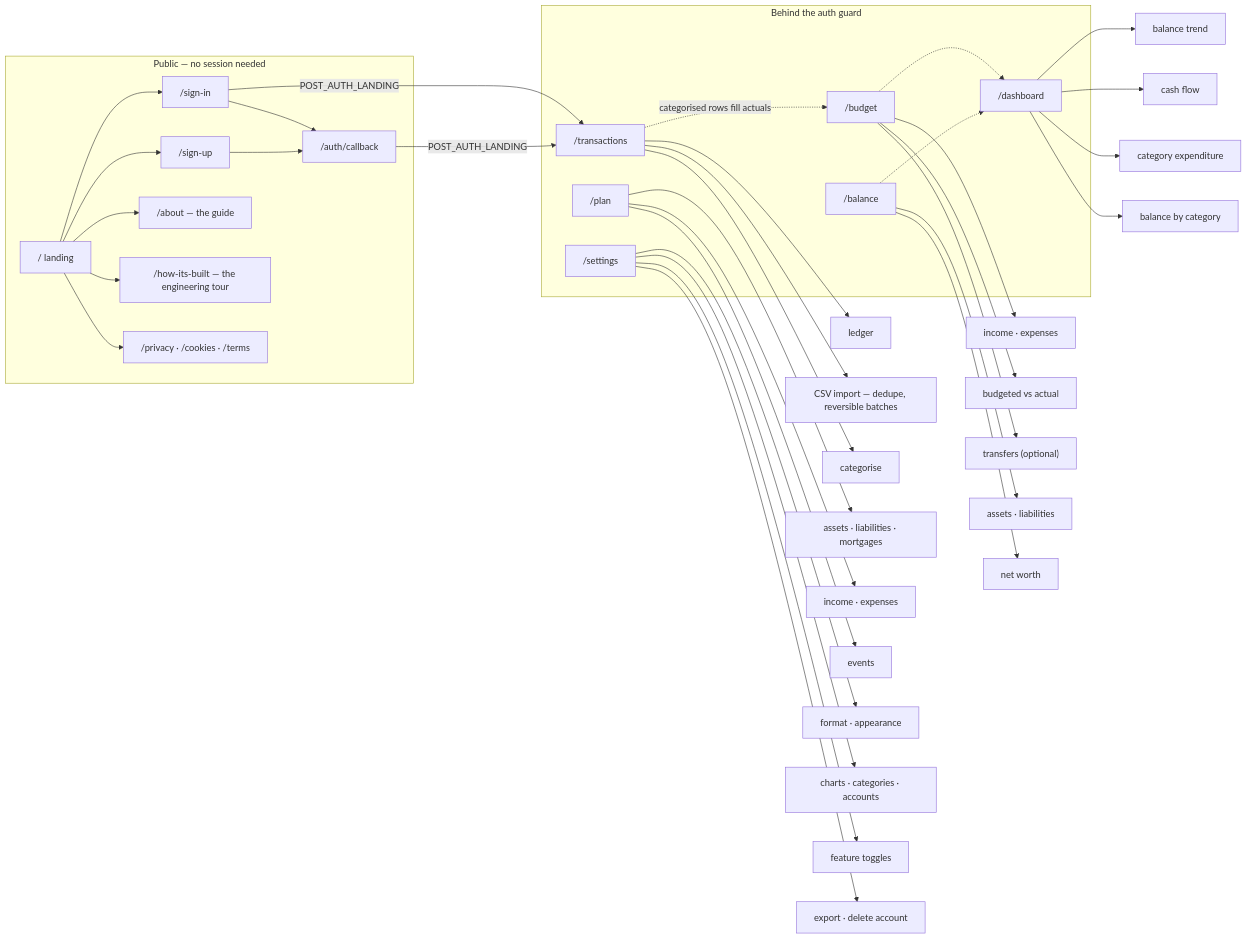
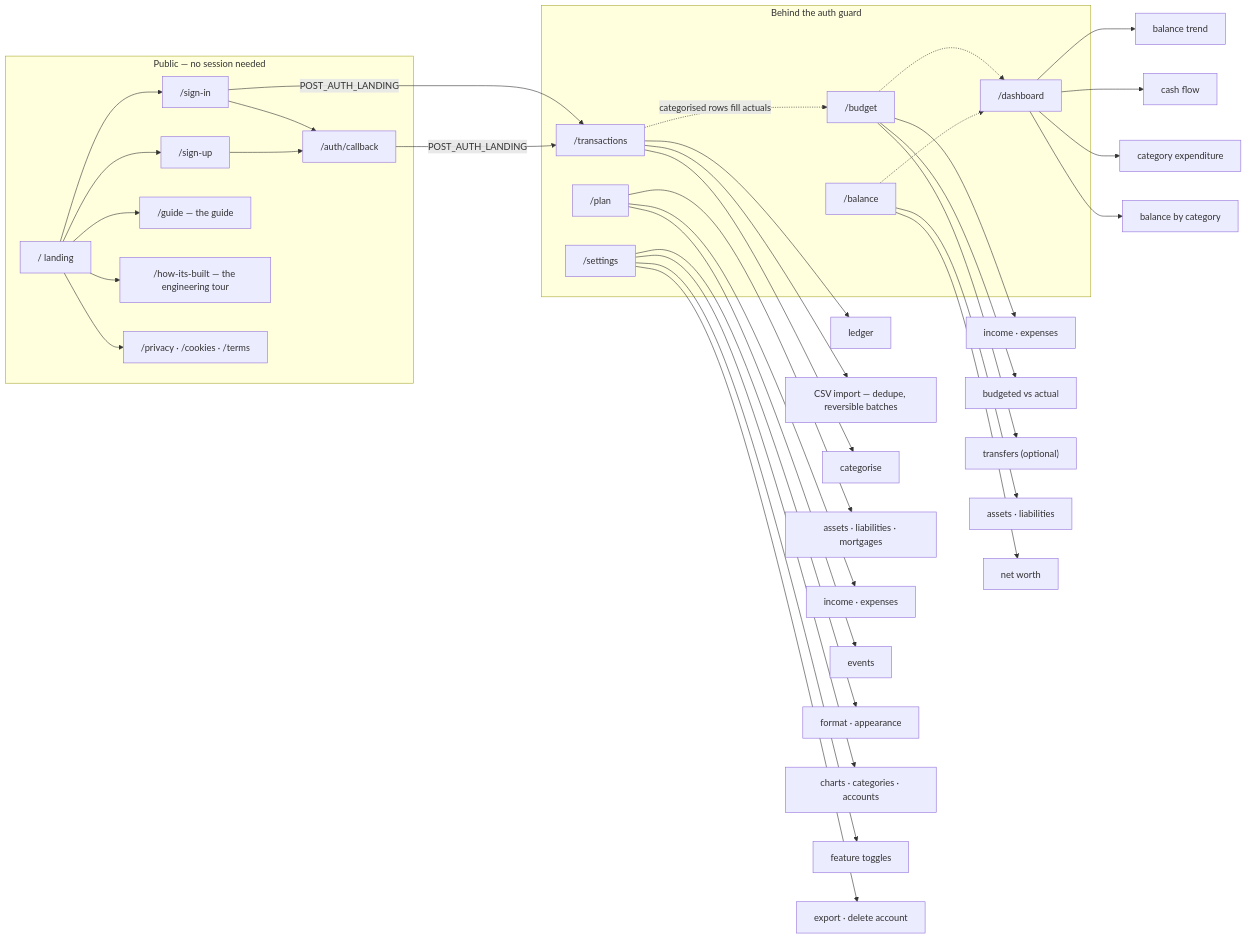
One commit to JRRS1982/halcyon changed the diagram in docs/sitemap.md. Above: the diagram before and after it, drawn with Mermaid. The commit also changed other lines of this file and 8 other files, not shown here.

````diff
--- a/docs/sitemap.md
+++ b/docs/sitemap.md
@@ -7,60 +7,60 @@
 ```mermaid
 flowchart LR
     subgraph public ["Public — no session needed"]
         HOME["/ landing"]
         SI["/sign-in"]
         SU["/sign-up"]
         CB["/auth/callback"]
-        ABOUT["/about — the guide"]
+        ABOUT["/guide — the guide"]
         BUILT["/how-its-built — the engineering tour"]
         LEGAL["/privacy · /cookies · /terms"]
     end
 
     subgraph guarded ["Behind the auth guard"]
         TX["/transactions"]
         BUD["/budget"]
         BAL["/balance"]
         DASH["/dashboard"]
         PLAN["/plan"]
         SET["/settings"]
     end
 
     HOME --> SI
     HOME --> SU
     HOME --> ABOUT
     HOME --> BUILT
     HOME --> LEGAL
     SI --> CB
     SU --> CB
     SI -->|POST_AUTH_LANDING| TX
     CB -->|POST_AUTH_LANDING| TX
 
     TX --> TX1["ledger"]
     TX --> TX2["CSV import — dedupe, reversible batches"]
     TX --> TX3["categorise"]
 
     BUD --> BUD1["income · expenses"]
     BUD --> BUD2["budgeted vs actual"]
     BUD --> BUD3["transfers (optional)"]
 
     BAL --> BAL1["assets · liabilities"]
     BAL --> BAL2["net worth"]
 
     DASH --> D1["balance trend"]
     DASH --> D2["cash flow"]
     DASH --> D3["category expenditure"]
     DASH --> D4["balance by category"]
 
     PLAN --> P1["assets · liabilities · mortgages"]
     PLAN --> P2["income · expenses"]
     PLAN --> P3["events"]
 
     SET --> S1["format · appearance"]
     SET --> S2["charts · categories · accounts"]
     SET --> S3["feature toggles"]
     SET --> S4["export · delete account"]
 
     TX -.->|categorised rows fill actuals| BUD
     BUD -.-> DASH
     BAL -.-> DASH
 ```
````
